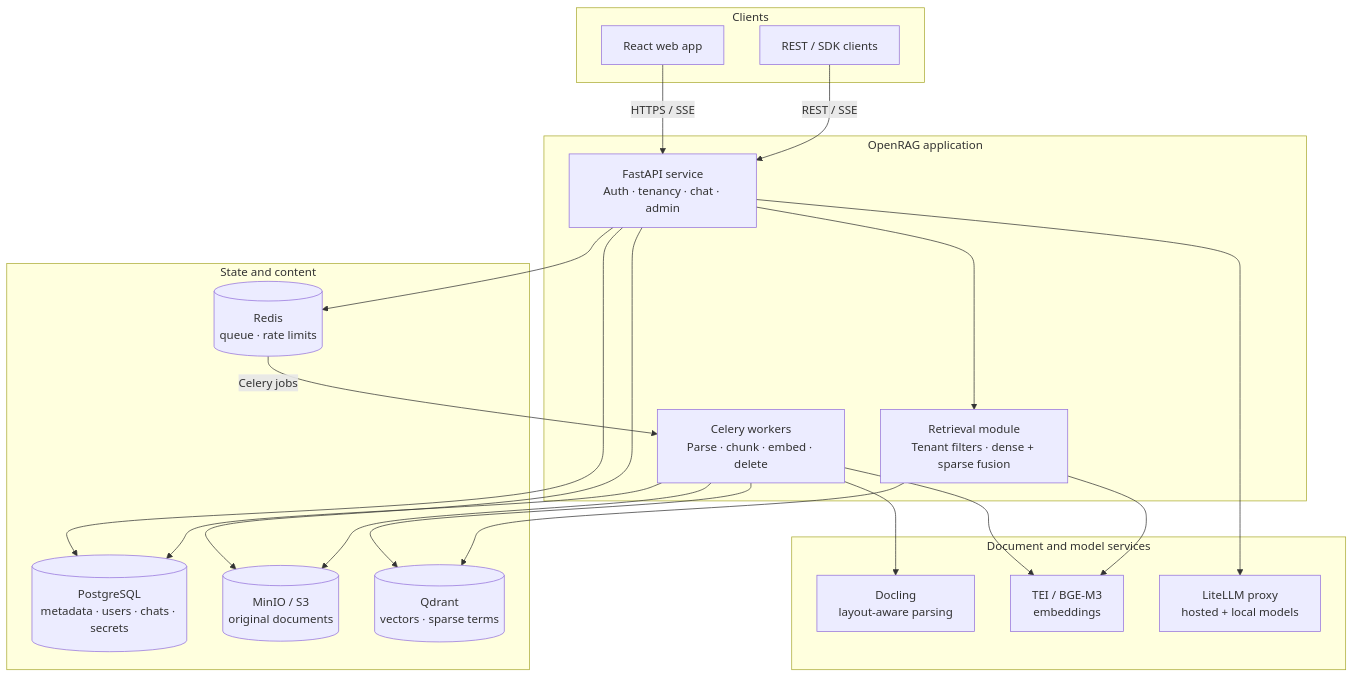
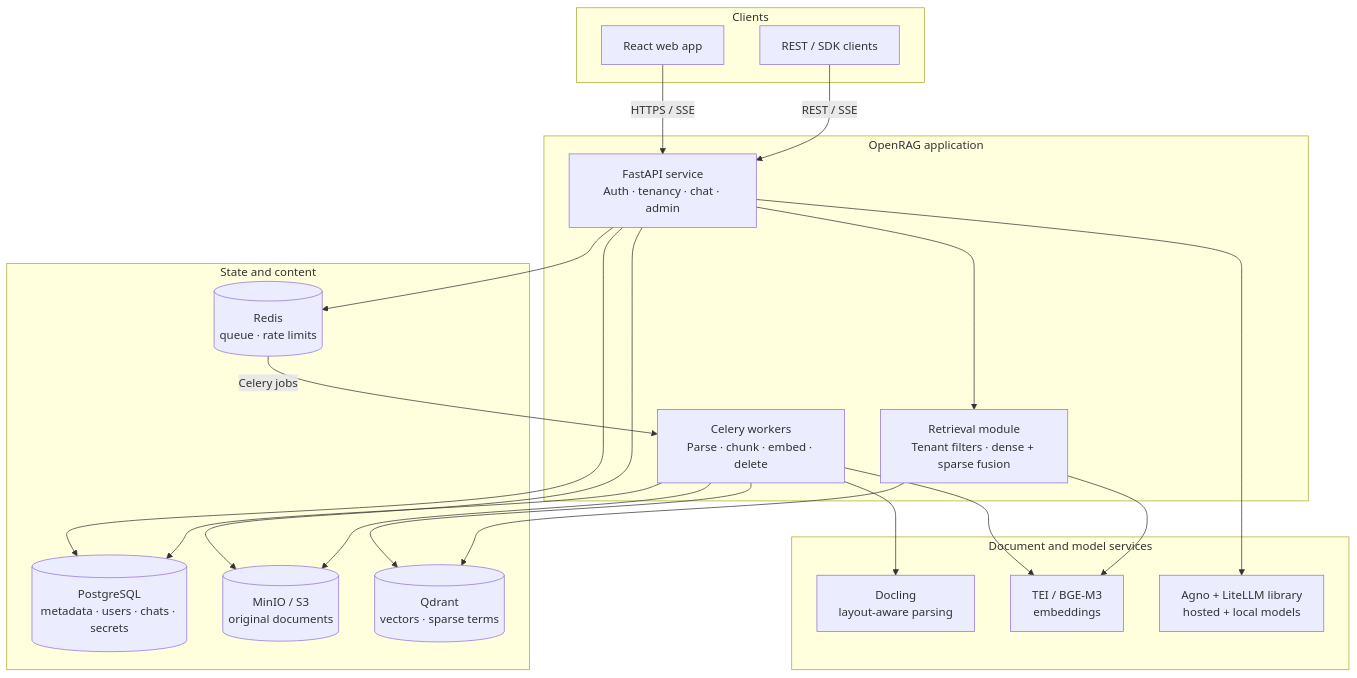
The diagram in docs/architecture.md (marketcalls/openrag), drawn with Mermaid before and after one commit. The commit also changed other lines of this file and 48 other files, not shown here.

Commit message:
feat: run LiteLLM entirely in process

````diff
--- a/docs/architecture.md
+++ b/docs/architecture.md
@@ -5,42 +5,42 @@
 ```mermaid
 flowchart TB
     subgraph Clients[Clients]
         Web[React web app]
         APIClient[REST / SDK clients]
     end
 
     subgraph App[OpenRAG application]
         API[FastAPI service\nAuth · tenancy · chat · admin]
         Worker[Celery workers\nParse · chunk · embed · delete]
         Retrieval[Retrieval module\nTenant filters · dense + sparse fusion]
     end
 
     subgraph Data[State and content]
         PG[(PostgreSQL\nmetadata · users · chats · secrets)]
         Redis[(Redis\nqueue · rate limits)]
         MinIO[(MinIO / S3\noriginal documents)]
         Qdrant[(Qdrant\nvectors · sparse terms)]
     end
 
     subgraph Intelligence[Document and model services]
         Docling[Docling\nlayout-aware parsing]
         TEI[TEI / BGE-M3\nembeddings]
-        LiteLLM[LiteLLM proxy\nhosted + local models]
+        LiteLLM[Agno + LiteLLM library\nhosted + local models]
     end
 
     Web -->|HTTPS / SSE| API
     APIClient -->|REST / SSE| API
     API --> PG
     API --> Redis
     API --> MinIO
     API --> Retrieval
     API --> LiteLLM
     Redis -->|Celery jobs| Worker
     Worker --> Docling
     Worker --> TEI
     Worker --> MinIO
     Worker --> PG
     Worker --> Qdrant
     Retrieval --> Qdrant
     Retrieval --> TEI
 ```
````
